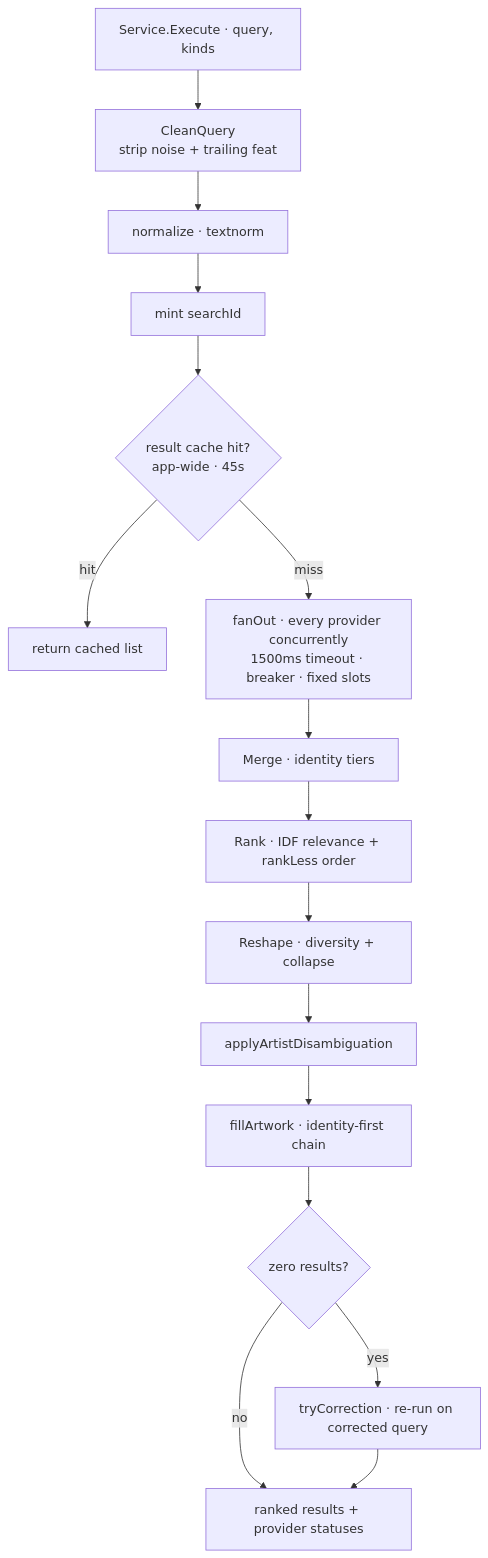
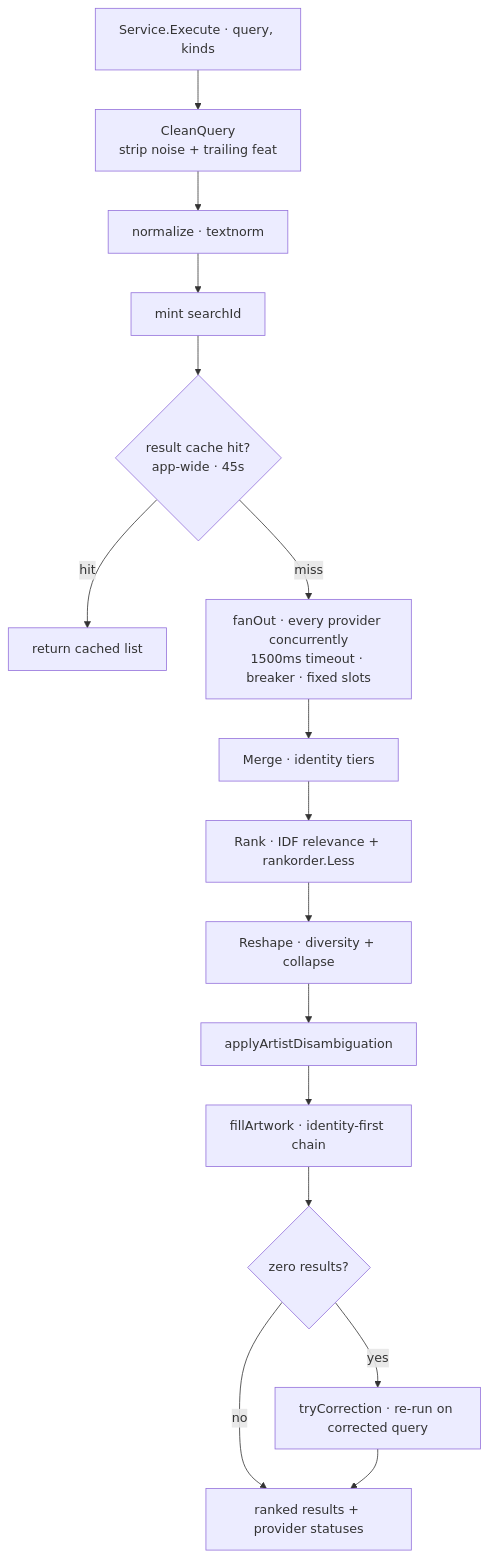
One commit to aleburrascano/altune changed the second of 6 diagrams in services/go-api/internal/discovery/ARCHITECTURE.md. Above: the diagram before and after it, drawn with Mermaid. The commit also changed other lines of this file and 13 other files, not shown here.

Commit message:
test(discovery): the rank tests go through rank's exported API, and relevance scoring and result ordering are their own relevance and rankorder packages

````diff
--- a/services/go-api/internal/discovery/ARCHITECTURE.md
+++ b/services/go-api/internal/discovery/ARCHITECTURE.md
@@ -168,18 +168,18 @@
 ```mermaid
 flowchart TD
     EX["Service.Execute · query, kinds"] --> CLQ["CleanQuery<br/>strip noise + trailing feat"]
     CLQ --> NRM["normalize · textnorm"]
     NRM --> SID["mint searchId"]
     SID --> CACHE{"result cache hit?<br/>app-wide · 45s"}
     CACHE -->|hit| RET["return cached list"]
     CACHE -->|miss| FAN["fanOut · every provider concurrently<br/>1500ms timeout · breaker · fixed slots"]
     FAN --> MERGE["Merge · identity tiers"]
-    MERGE --> RANK["Rank · IDF relevance + rankLess order"]
+    MERGE --> RANK["Rank · IDF relevance + rankorder.Less"]
     RANK --> RESHAPE["Reshape · diversity + collapse"]
     RESHAPE --> DIS["applyArtistDisambiguation"]
     DIS --> ARTF["fillArtwork · identity-first chain"]
     ARTF --> ZERO{"zero results?"}
     ZERO -->|yes| CORR["tryCorrection · re-run on corrected query"]
     ZERO -->|no| OUT["ranked results + provider statuses"]
     CORR --> OUT
 ```
````
